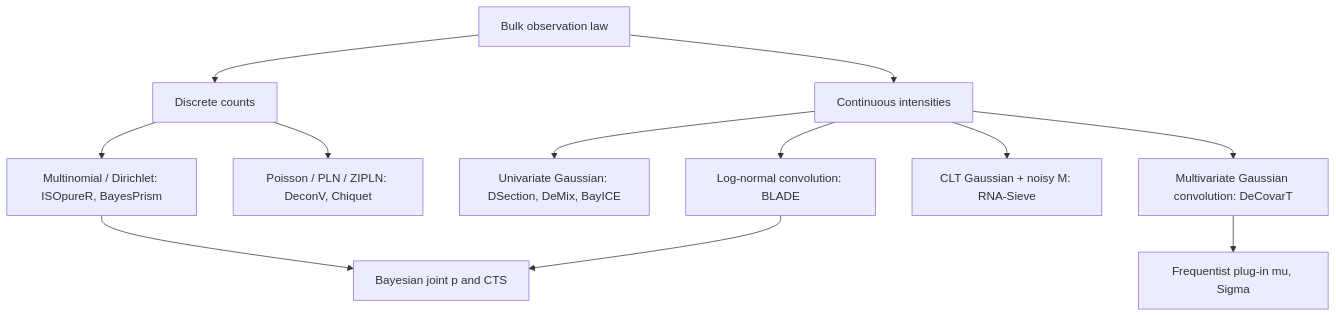
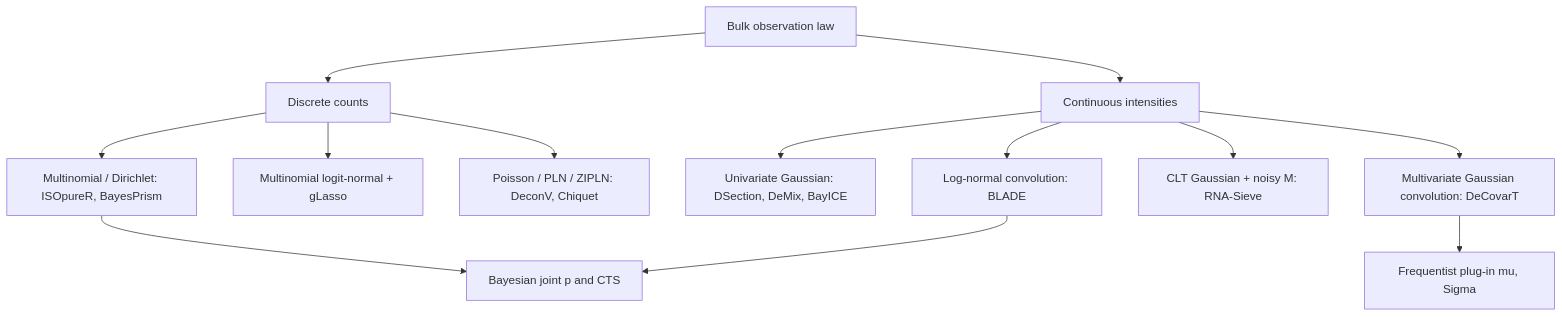
One commit to bastienchassagnol/DeCovarT changed the second of 3 diagrams in articles/theory-decovart-statistical-perspectives.md. Above: the diagram before and after it, drawn with Mermaid. The commit also changed other lines of this file and 17 other files, not shown here.

````diff
--- a/articles/theory-decovart-statistical-perspectives.md
+++ b/articles/theory-decovart-statistical-perspectives.md
@@ -275,15 +275,16 @@
 ``` mermaid
 %%{init: {"theme": "sandstone"}}%%
 flowchart TD
   A["Bulk observation law"] --> B["Discrete counts"]
   A --> C["Continuous intensities"]
   B --> D["Multinomial / Dirichlet: ISOpureR, BayesPrism"]
+  B --> LN["Multinomial logit-normal + gLasso"]
   B --> E["Poisson / PLN / ZIPLN: DeconV, Chiquet"]
   C --> F["Univariate Gaussian: DSection, DeMix, BayICE"]
   C --> G["Multivariate Gaussian convolution: DeCovarT"]
   C --> RS["CLT Gaussian + noisy M: RNA-Sieve"]
   C --> H["Log-normal convolution: BLADE"]
   D --> I["Bayesian joint p and CTS"]
   G --> J["Frequentist plug-in mu, Sigma"]
   H --> I
 ```
````
